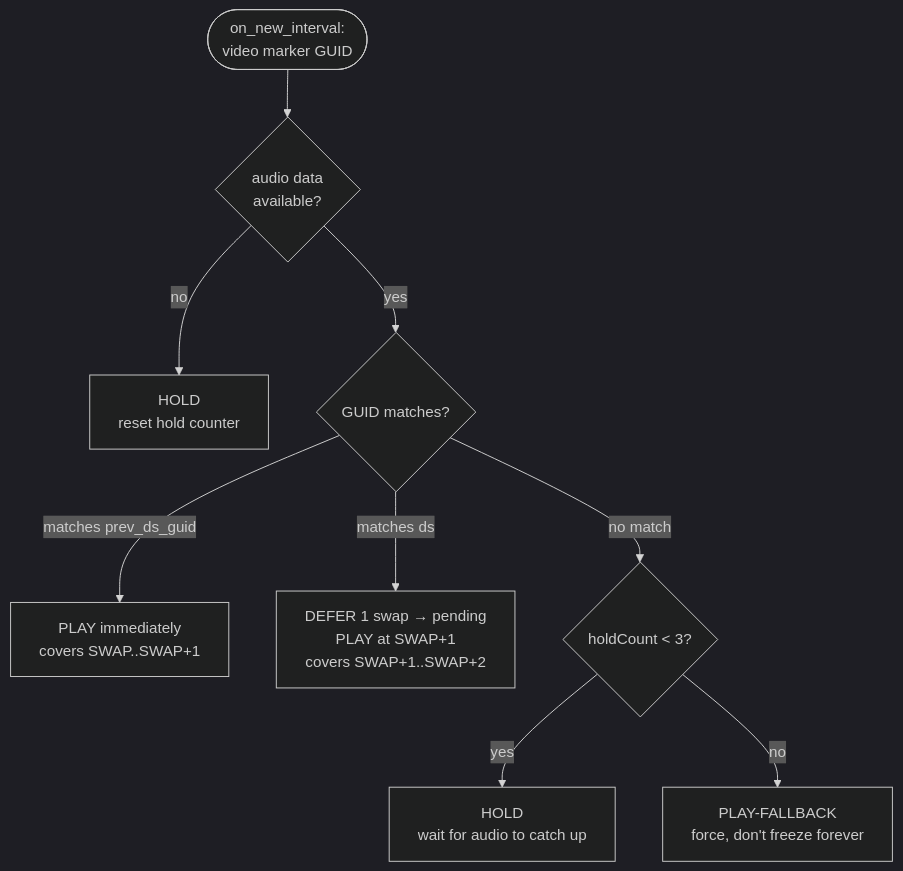
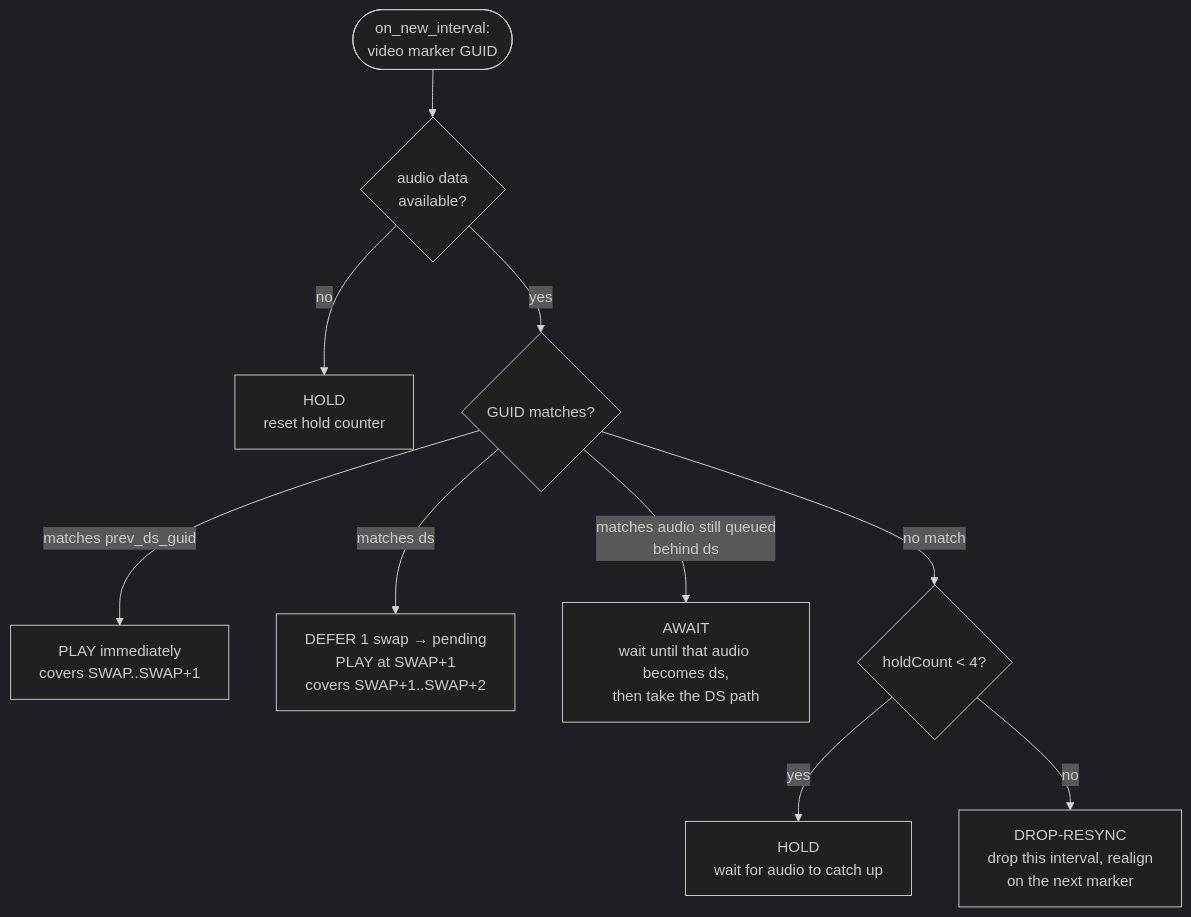
Before and after one commit to jacinside/ninjamzap-core: the third of 3 diagrams in docs/VIDEO_SYNC.md, drawn with Mermaid (dark theme). The commit also changed other lines of this file and 2 other files, not shown here.

First line of the commit message:
docs: adopting video in other clients and servers; queued-audio matching in the spec

````diff
--- a/docs/VIDEO_SYNC.md
+++ b/docs/VIDEO_SYNC.md
@@ -213,11 +213,12 @@
 ```mermaid
 flowchart TD
     start([on_new_interval:<br/>video marker GUID]) --> hasaudio{audio data<br/>available?}
     hasaudio -- no --> hold1[HOLD<br/>reset hold counter]
     hasaudio -- yes --> match{GUID matches?}
     match -- "matches prev_ds_guid" --> playprev[PLAY immediately<br/>covers SWAP..SWAP+1]
     match -- "matches ds" --> playds[DEFER 1 swap → pending<br/>PLAY at SWAP+1<br/>covers SWAP+1..SWAP+2]
-    match -- "no match" --> count{holdCount &lt; 3?}
+    match -- "matches audio still queued<br/>behind ds" --> await[AWAIT<br/>wait until that audio becomes ds,<br/>then take the DS path]
+    match -- "no match" --> count{holdCount &lt; 4?}
     count -- yes --> hold2[HOLD<br/>wait for audio to catch up]
-    count -- no --> fallback[PLAY-FALLBACK<br/>force, don't freeze forever]
+    count -- no --> drop[DROP-RESYNC<br/>drop this interval, realign<br/>on the next marker]
 ```
````
